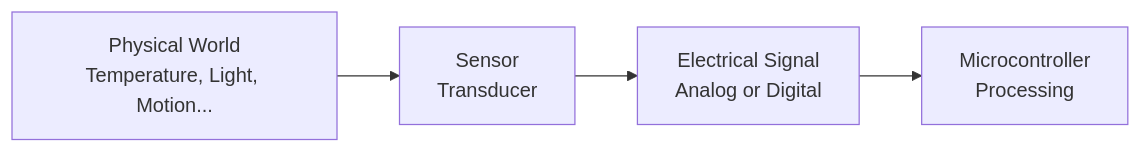
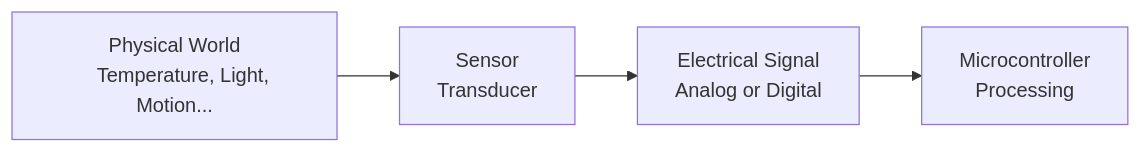
The seventh of 13 diagrams in Unofficial-QB/Unofficial-QB-Claude-Ans.md (lazgaming70/IOT-CIA-1), drawn with Mermaid before and after one commit. The commit also changed other lines of this file, not shown here.

Commit message:
Fixed mermaidjs newline syntax

````diff
--- a/Unofficial-QB/Unofficial-QB-Claude-Ans.md
+++ b/Unofficial-QB/Unofficial-QB-Claude-Ans.md
@@ -841,6 +895,10 @@
 ```mermaid
 flowchart LR
-    PHY[Physical World\nTemperature, Light, Motion...] --> SENS[Sensor\nTransducer]
-    SENS --> SIG[Electrical Signal\nAnalog or Digital]
-    SIG --> MCU[Microcontroller\nProcessing]
+    PHY[Physical World
+    Temperature, Light, Motion...] --> SENS[Sensor
+    Transducer]
+    SENS --> SIG[Electrical Signal
+    Analog or Digital]
+    SIG --> MCU[Microcontroller
+    Processing]
 ```
````
